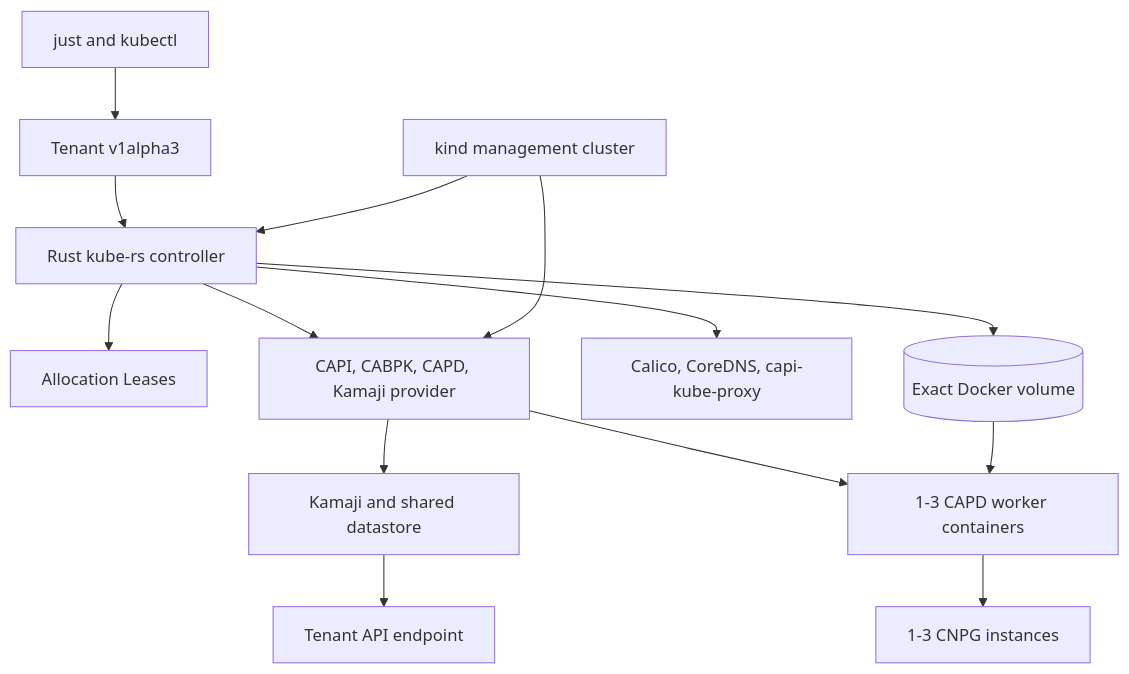
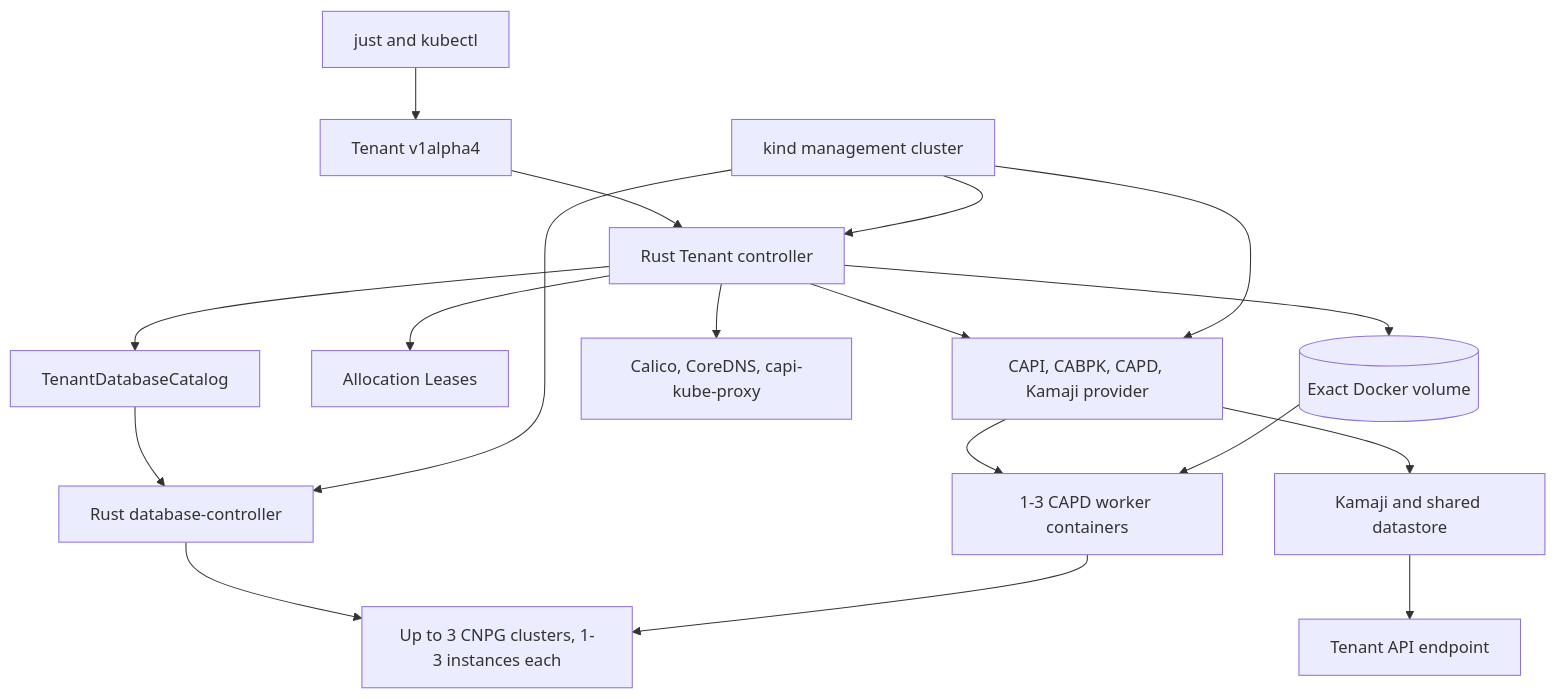
The diagram in capi/docs/high-level-design.md (youyuanwu/cnpg-vcluster), drawn with Mermaid before and after one commit. The commit also changed other lines of this file and 157 other files, not shown here.

First line of the commit message:
[Multi-Cluster PostgreSQL] Add independently managed Tenant database catalogs (#34)

````diff
--- a/capi/docs/high-level-design.md
+++ b/capi/docs/high-level-design.md
@@ -18,27 +18,32 @@
 ```mermaid
 flowchart TB
   User[just and kubectl]
   Mgmt[kind management cluster]
-  TenantCR[Tenant v1alpha3]
-  Controller[Rust kube-rs controller]
+  TenantCR[Tenant v1alpha4]
+  Controller[Rust Tenant controller]
+  Catalog[TenantDatabaseCatalog]
+  DatabaseController[Rust database-controller]
   Slots[Allocation Leases]
   Providers[CAPI, CABPK, CAPD, Kamaji provider]
   Kamaji[Kamaji and shared datastore]
   API[Tenant API endpoint]
   Workers[1-3 CAPD worker containers]
   Network[Calico, CoreDNS, capi-kube-proxy]
   Volume[(Exact Docker volume)]
-  CNPG[1-3 CNPG instances]
+  CNPG[Up to 3 CNPG clusters, 1-3 instances each]
 
   User --> TenantCR
   TenantCR --> Controller
+  Controller --> Catalog --> DatabaseController
+  DatabaseController --> CNPG
   Controller --> Slots
   Controller --> Providers
   Providers --> Kamaji --> API
   Providers --> Workers
   Controller --> Network
   Controller --> Volume
   Volume --> Workers --> CNPG
   Mgmt --> Controller
+  Mgmt --> DatabaseController
   Mgmt --> Providers
 ```
````
